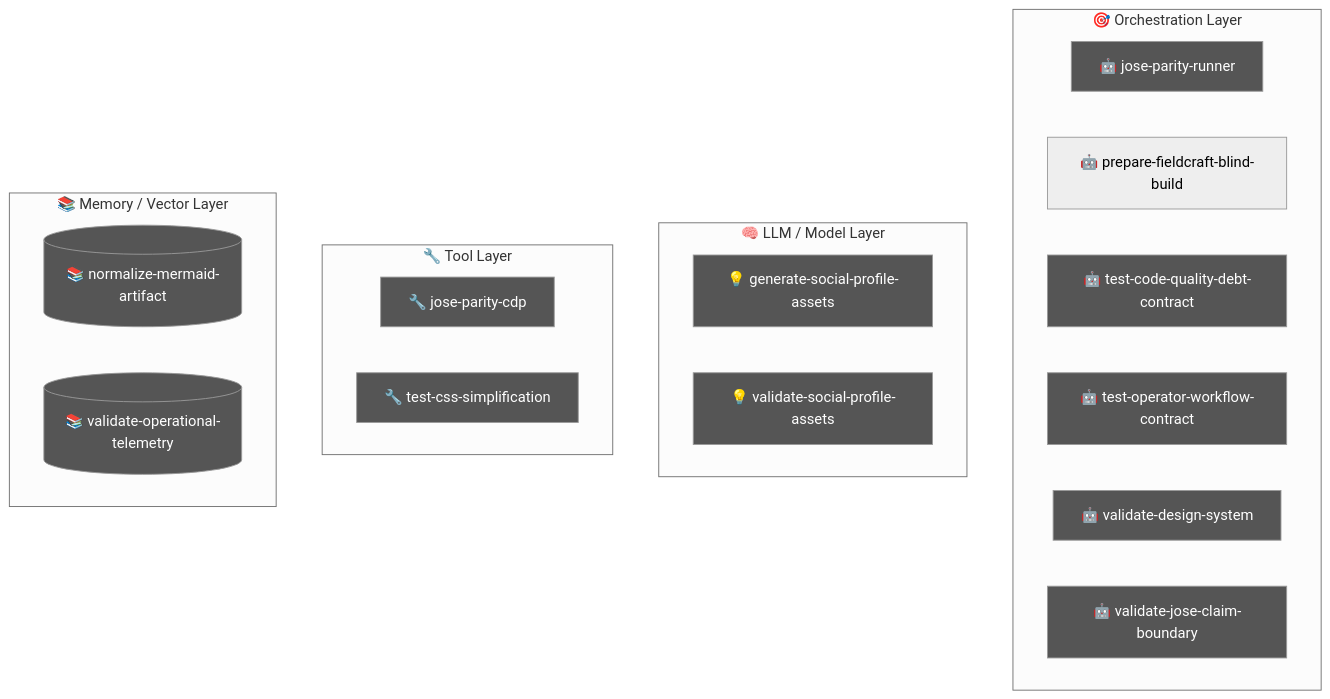
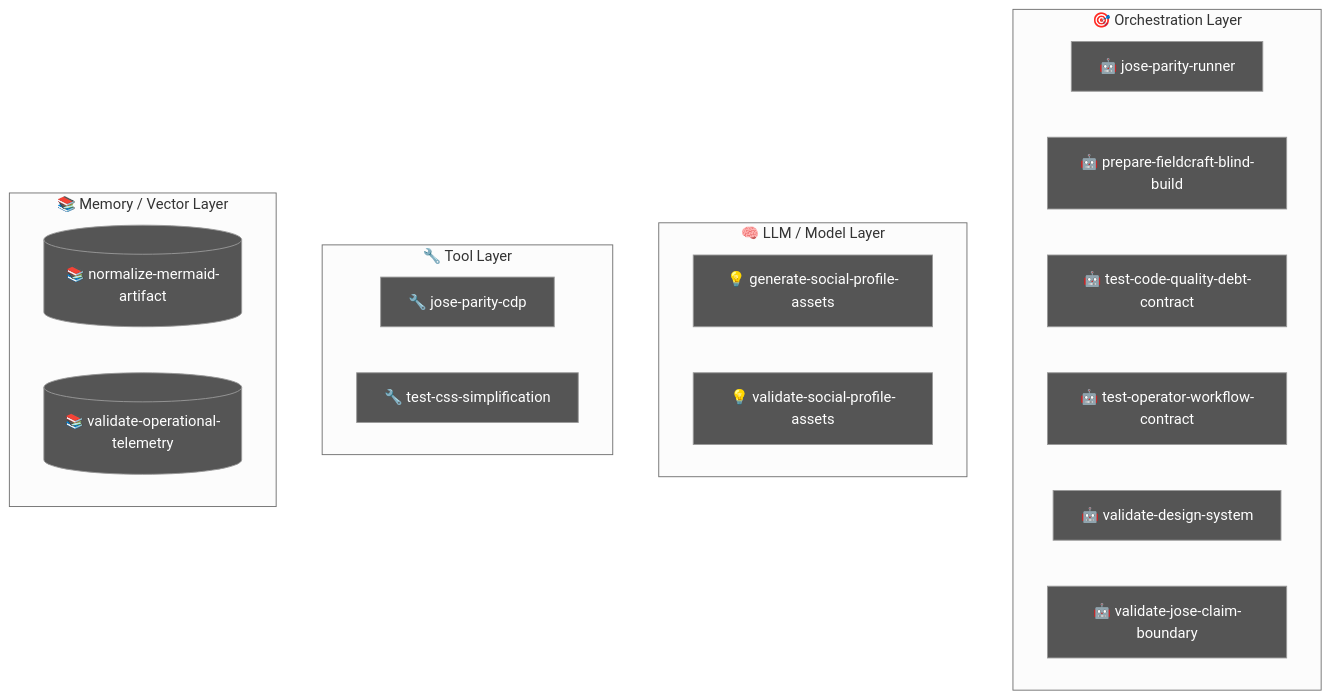
The diagram in .diagram/agent.mmd (jscraik/websites), drawn with Mermaid (neutral theme) before and after one commit. The commit also changed 6 other files, not shown here.

```diff
--- a/.diagram/agent.mmd
+++ b/.diagram/agent.mmd
@@ -1,29 +1,29 @@
 flowchart TD
   subgraph Orchestration["🎯 Orchestration Layer"]
     jose_parity_runner_50cc4344["🤖 jose-parity-runner"]
     prepare_fieldcraft_blind_build_8ab85212["🤖 prepare-fieldcraft-blind-build"]
     test_code_quality_debt_contract_569cff13["🤖 test-code-quality-debt-contract"]
     test_operator_workflow_contract_b4a152d7["🤖 test-operator-workflow-contract"]
     validate_design_system_b8a5f37c["🤖 validate-design-system"]
     validate_jose_claim_boundary_01082824["🤖 validate-jose-claim-boundary"]
   end
   subgraph LLMLayer["🧠 LLM / Model Layer"]
     generate_social_profile_assets_f4f94011["💡 generate-social-profile-assets"]
     validate_social_profile_assets_a023937b["💡 validate-social-profile-assets"]
   end
   subgraph ToolLayer["🔧 Tool Layer"]
     jose_parity_cdp_bdcde21d["🔧 jose-parity-cdp"]
     test_css_simplification_05516724["🔧 test-css-simplification"]
   end
   subgraph MemoryLayer["📚 Memory / Vector Layer"]
     normalize_mermaid_artifact_9dba7231[("📚 normalize-mermaid-artifact")]
     validate_operational_telemetry_cb447bde[("📚 validate-operational-telemetry")]
   end
   classDef agentNode fill:#555,color:#fff
-  class jose_parity_runner_50cc4344,test_code_quality_debt_contract_569cff13,test_operator_workflow_contract_b4a152d7,validate_design_system_b8a5f37c,validate_jose_claim_boundary_01082824 agentNode
+  class jose_parity_runner_50cc4344,prepare_fieldcraft_blind_build_8ab85212,test_code_quality_debt_contract_569cff13,test_operator_workflow_contract_b4a152d7,validate_design_system_b8a5f37c,validate_jose_claim_boundary_01082824 agentNode
   classDef llmNode fill:#555,color:#fff
   class generate_social_profile_assets_f4f94011,validate_social_profile_assets_a023937b llmNode
   classDef toolNode fill:#555,color:#fff
   class jose_parity_cdp_bdcde21d,test_css_simplification_05516724 toolNode
   classDef memNode fill:#555,color:#fff
   class normalize_mermaid_artifact_9dba7231,validate_operational_telemetry_cb447bde memNode
```
